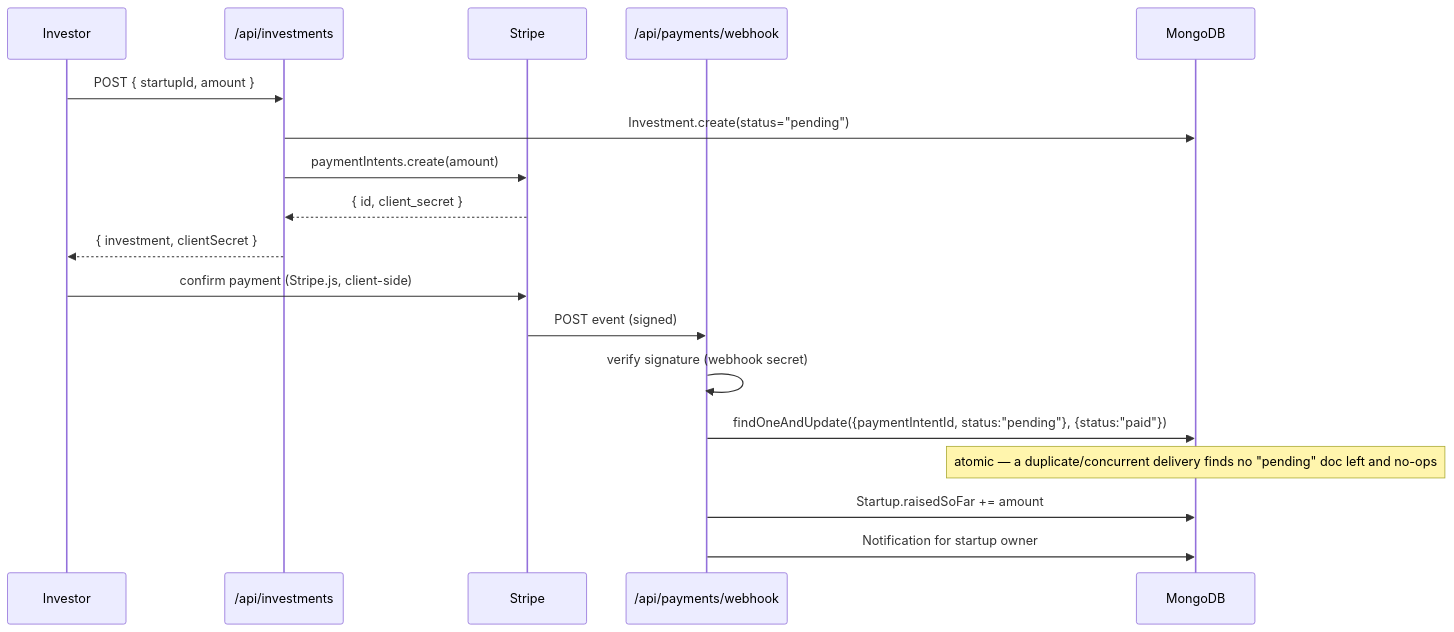
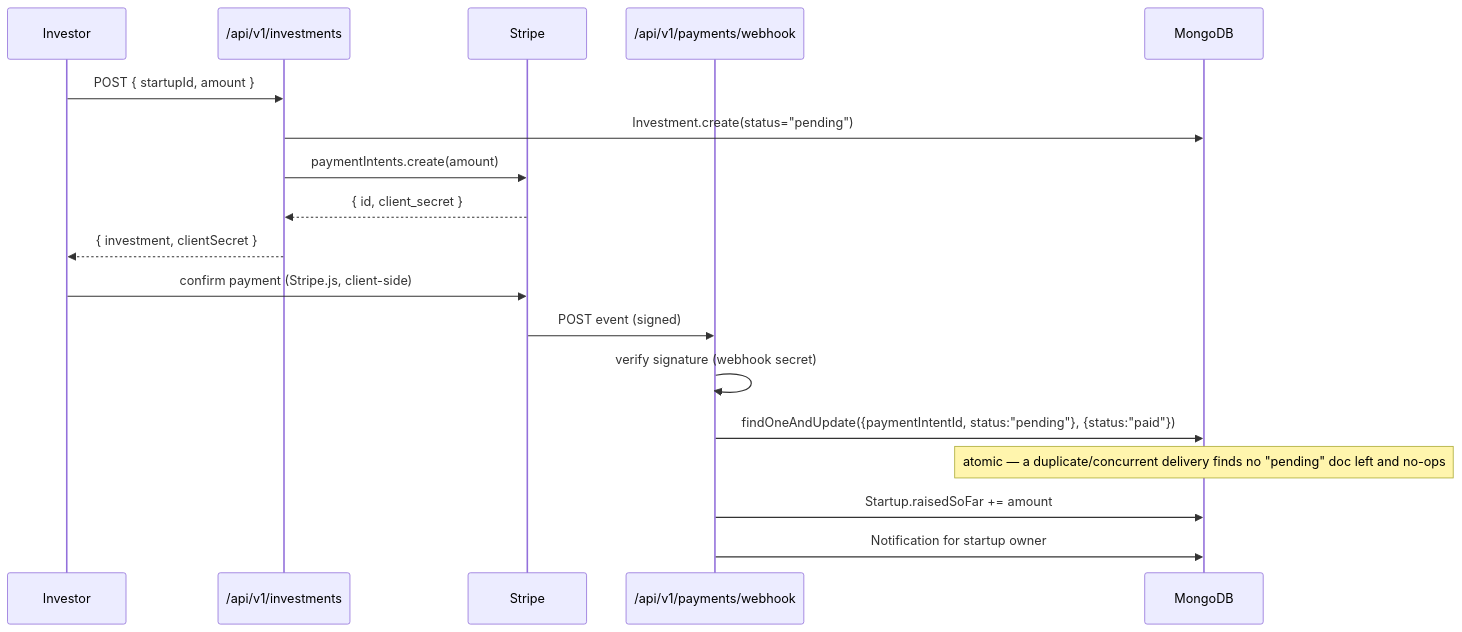
Before and after one commit to mohatab/recruitment-investment-api: the fourth of 4 diagrams in docs/ARCHITECTURE.md, drawn with Mermaid. The commit also changed other lines of this file and 79 other files, not shown here.

````diff
--- a/docs/ARCHITECTURE.md
+++ b/docs/ARCHITECTURE.md
@@ -169,22 +169,22 @@
 ```mermaid
 sequenceDiagram
     participant Investor
-    participant API as /api/investments
+    participant API as /api/v1/investments
     participant Stripe
-    participant Webhook as /api/payments/webhook
+    participant Webhook as /api/v1/payments/webhook
     participant DB as MongoDB
 
     Investor->>API: POST { startupId, amount }
     API->>DB: Investment.create(status="pending")
     API->>Stripe: paymentIntents.create(amount)
     Stripe-->>API: { id, client_secret }
     API-->>Investor: { investment, clientSecret }
     Investor->>Stripe: confirm payment (Stripe.js, client-side)
 
     Stripe->>Webhook: POST event (signed)
     Webhook->>Webhook: verify signature (webhook secret)
     Webhook->>DB: findOneAndUpdate({paymentIntentId, status:"pending"}, {status:"paid"})
     Note over DB: atomic — a duplicate/concurrent delivery finds no "pending" doc left and no-ops
     Webhook->>DB: Startup.raisedSoFar += amount
     Webhook->>DB: Notification for startup owner
 ```
````
